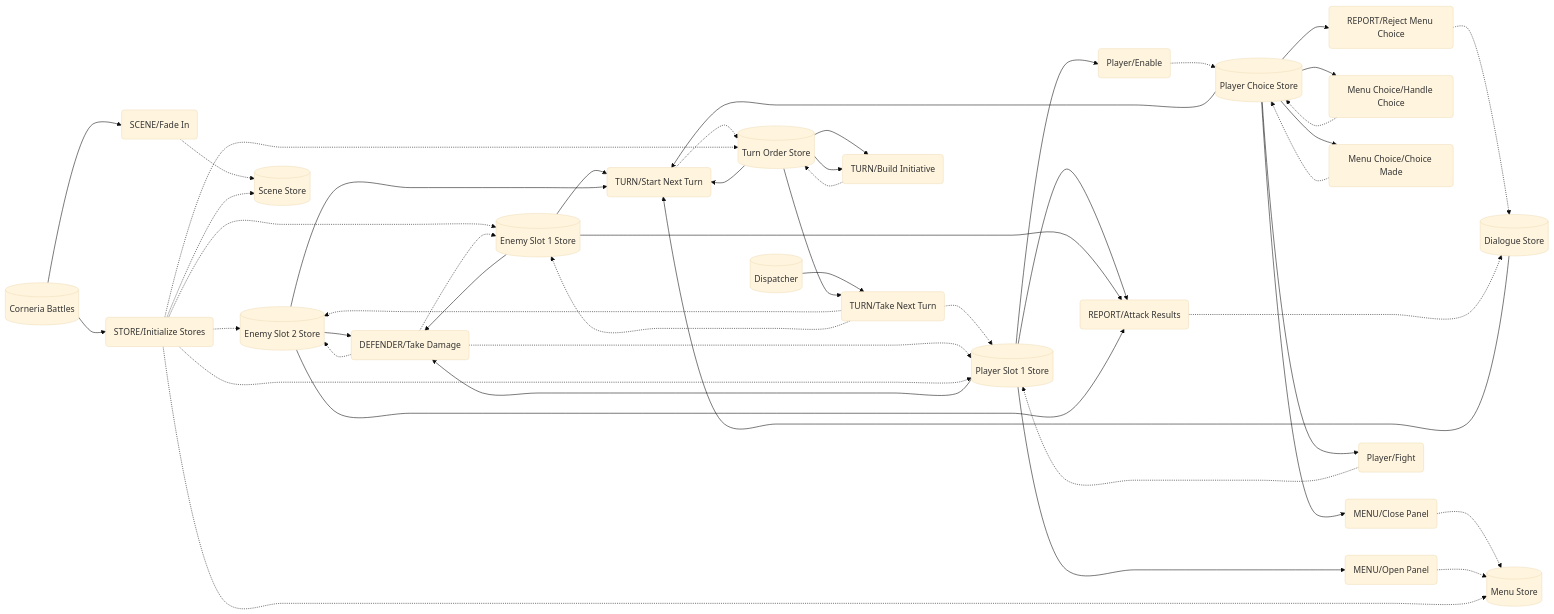
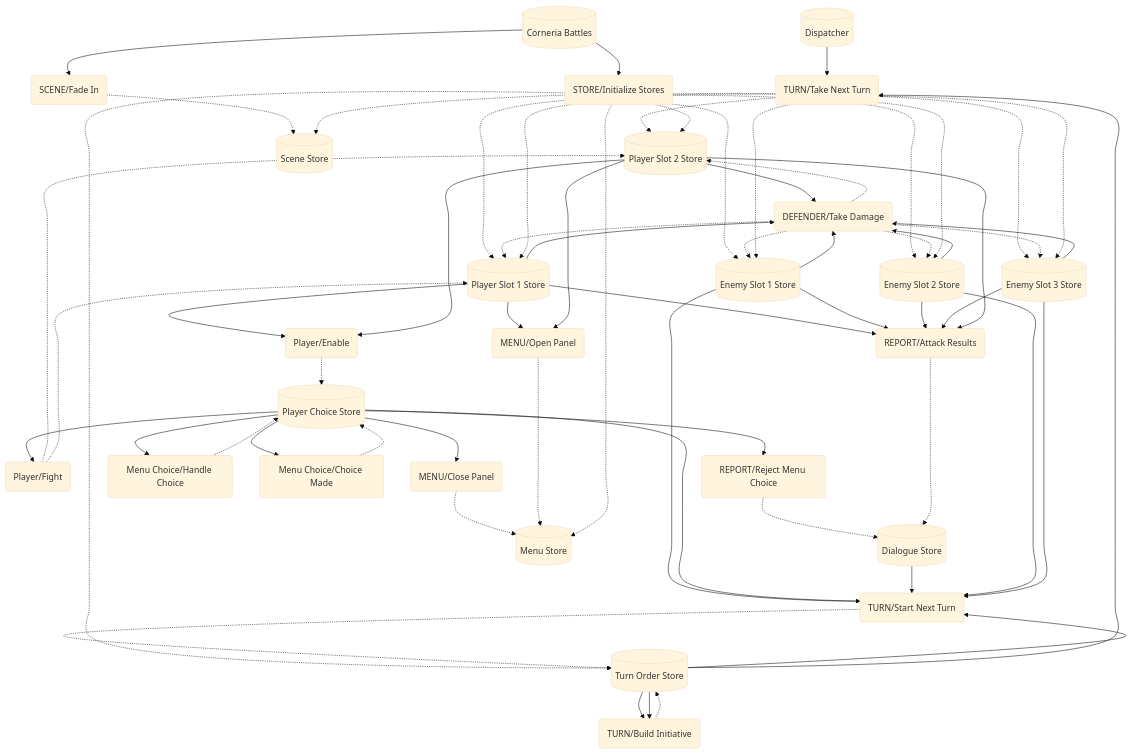
The diagram in dat_chart.md (kinostl/We-Have-To-Kill-Chaos), drawn with Mermaid (base theme) before and after one commit. The commit also changed 11 other files, not shown here.

````diff
--- a/dat_chart.md
+++ b/dat_chart.md
@@ -1,51 +1,65 @@
 ```mermaid
 %%{ init: { 'flowchart': { 'curve': 'catmullRom' } } }%%
-flowchart LR
+flowchart TD
+a8(TURN/Take Next Turn)-.->1d2b8415-25a9-44fe-8843-6e86b60f76df[(Player Slot 2 Store)]
+a9(DEFENDER/Take Damage)-.->1d2b8415-25a9-44fe-8843-6e86b60f76df[(Player Slot 2 Store)]
+a1(Player/Fight)-.->1d2b8415-25a9-44fe-8843-6e86b60f76df[(Player Slot 2 Store)]
+a0(STORE/Initialize Stores)-.->1d2b8415-25a9-44fe-8843-6e86b60f76df[(Player Slot 2 Store)]
+a0(STORE/Initialize Stores)-.->b1485b54-946e-4c56-9971-ceef4c138eff[(Enemy Slot 3 Store)]
+a9(DEFENDER/Take Damage)-.->b1485b54-946e-4c56-9971-ceef4c138eff[(Enemy Slot 3 Store)]
+a8(TURN/Take Next Turn)-.->b1485b54-946e-4c56-9971-ceef4c138eff[(Enemy Slot 3 Store)]
 a0(STORE/Initialize Stores)-.->9c7813d8-1d8c-4eab-aaaa-6b885a213232[(Enemy Slot 2 Store)]
 a9(DEFENDER/Take Damage)-.->9c7813d8-1d8c-4eab-aaaa-6b885a213232[(Enemy Slot 2 Store)]
 a8(TURN/Take Next Turn)-.->9c7813d8-1d8c-4eab-aaaa-6b885a213232[(Enemy Slot 2 Store)]
 a16(TURN/Build Initiative)-.->82583aa5-bc2f-4df9-9739-28dbdfb81f7b[(Turn Order Store)]
 a14(TURN/Start Next Turn)-.->82583aa5-bc2f-4df9-9739-28dbdfb81f7b[(Turn Order Store)]
 a0(STORE/Initialize Stores)-.->82583aa5-bc2f-4df9-9739-28dbdfb81f7b[(Turn Order Store)]
 a20(REPORT/Reject Menu Choice)-.->29bc472f-2cd1-48f2-aa4c-2cc45d69707c[(Dialogue Store)]
 a18(REPORT/Attack Results)-.->29bc472f-2cd1-48f2-aa4c-2cc45d69707c[(Dialogue Store)]
 a13(SCENE/Fade In)-.->9804e062-c29c-48b9-a893-f0c02a9b745d[(Scene Store)]
 a0(STORE/Initialize Stores)-.->9804e062-c29c-48b9-a893-f0c02a9b745d[(Scene Store)]
 a10(Player/Enable)-.->84c0a2e8-6dbd-4f3f-b294-2ce0c30e652b[(Player Choice Store)]
 a21(Menu Choice/Handle Choice)-.->84c0a2e8-6dbd-4f3f-b294-2ce0c30e652b[(Player Choice Store)]
 a11(Menu Choice/Choice Made)-.->84c0a2e8-6dbd-4f3f-b294-2ce0c30e652b[(Player Choice Store)]
 a15(MENU/Close Panel)-.->182a8ca6-c0cd-4216-ae8f-e3c706512a51[(Menu Store)]
 a12(MENU/Open Panel)-.->182a8ca6-c0cd-4216-ae8f-e3c706512a51[(Menu Store)]
 a0(STORE/Initialize Stores)-.->182a8ca6-c0cd-4216-ae8f-e3c706512a51[(Menu Store)]
 a0(STORE/Initialize Stores)-.->7e890799-3cbc-41dd-80b5-b164b9555ec7[(Enemy Slot 1 Store)]
 a9(DEFENDER/Take Damage)-.->7e890799-3cbc-41dd-80b5-b164b9555ec7[(Enemy Slot 1 Store)]
 a8(TURN/Take Next Turn)-.->7e890799-3cbc-41dd-80b5-b164b9555ec7[(Enemy Slot 1 Store)]
 a8(TURN/Take Next Turn)-.->7e9e2248-0ccc-4df3-aea0-83236a0b7f9d[(Player Slot 1 Store)]
 a9(DEFENDER/Take Damage)-.->7e9e2248-0ccc-4df3-aea0-83236a0b7f9d[(Player Slot 1 Store)]
 a1(Player/Fight)-.->7e9e2248-0ccc-4df3-aea0-83236a0b7f9d[(Player Slot 1 Store)]
 a0(STORE/Initialize Stores)-.->7e9e2248-0ccc-4df3-aea0-83236a0b7f9d[(Player Slot 1 Store)]
 54274c5f-f51d-420e-b717-bd0d155bcef3[(Corneria Battles)]-->a0(STORE/Initialize Stores)
 54274c5f-f51d-420e-b717-bd0d155bcef3[(Corneria Battles)]-->a13(SCENE/Fade In)
 7e9e2248-0ccc-4df3-aea0-83236a0b7f9d[(Player Slot 1 Store)]-->a9(DEFENDER/Take Damage)
 7e9e2248-0ccc-4df3-aea0-83236a0b7f9d[(Player Slot 1 Store)]-->a18(REPORT/Attack Results)
 7e9e2248-0ccc-4df3-aea0-83236a0b7f9d[(Player Slot 1 Store)]-->a12(MENU/Open Panel)
 7e9e2248-0ccc-4df3-aea0-83236a0b7f9d[(Player Slot 1 Store)]-->a10(Player/Enable)
 7e890799-3cbc-41dd-80b5-b164b9555ec7[(Enemy Slot 1 Store)]-->a9(DEFENDER/Take Damage)
 7e890799-3cbc-41dd-80b5-b164b9555ec7[(Enemy Slot 1 Store)]-->a14(TURN/Start Next Turn)
 7e890799-3cbc-41dd-80b5-b164b9555ec7[(Enemy Slot 1 Store)]-->a18(REPORT/Attack Results)
 660916d1-1efb-456e-b770-10b9c9a8f913[(Dispatcher)]-->a8(TURN/Take Next Turn)
 84c0a2e8-6dbd-4f3f-b294-2ce0c30e652b[(Player Choice Store)]-->a15(MENU/Close Panel)
 84c0a2e8-6dbd-4f3f-b294-2ce0c30e652b[(Player Choice Store)]-->a21(Menu Choice/Handle Choice)
 84c0a2e8-6dbd-4f3f-b294-2ce0c30e652b[(Player Choice Store)]-->a20(REPORT/Reject Menu Choice)
 84c0a2e8-6dbd-4f3f-b294-2ce0c30e652b[(Player Choice Store)]-->a1(Player/Fight)
 84c0a2e8-6dbd-4f3f-b294-2ce0c30e652b[(Player Choice Store)]-->a14(TURN/Start Next Turn)
 84c0a2e8-6dbd-4f3f-b294-2ce0c30e652b[(Player Choice Store)]-->a11(Menu Choice/Choice Made)
 29bc472f-2cd1-48f2-aa4c-2cc45d69707c[(Dialogue Store)]-->a14(TURN/Start Next Turn)
 82583aa5-bc2f-4df9-9739-28dbdfb81f7b[(Turn Order Store)]-->a16(TURN/Build Initiative)
 82583aa5-bc2f-4df9-9739-28dbdfb81f7b[(Turn Order Store)]-->a16(TURN/Build Initiative)
 82583aa5-bc2f-4df9-9739-28dbdfb81f7b[(Turn Order Store)]-->a8(TURN/Take Next Turn)
 82583aa5-bc2f-4df9-9739-28dbdfb81f7b[(Turn Order Store)]-->a14(TURN/Start Next Turn)
 9c7813d8-1d8c-4eab-aaaa-6b885a213232[(Enemy Slot 2 Store)]-->a9(DEFENDER/Take Damage)
 9c7813d8-1d8c-4eab-aaaa-6b885a213232[(Enemy Slot 2 Store)]-->a14(TURN/Start Next Turn)
 9c7813d8-1d8c-4eab-aaaa-6b885a213232[(Enemy Slot 2 Store)]-->a18(REPORT/Attack Results)
+b1485b54-946e-4c56-9971-ceef4c138eff[(Enemy Slot 3 Store)]-->a9(DEFENDER/Take Damage)
+b1485b54-946e-4c56-9971-ceef4c138eff[(Enemy Slot 3 Store)]-->a14(TURN/Start Next Turn)
+b1485b54-946e-4c56-9971-ceef4c138eff[(Enemy Slot 3 Store)]-->a18(REPORT/Attack Results)
+1d2b8415-25a9-44fe-8843-6e86b60f76df[(Player Slot 2 Store)]-->a9(DEFENDER/Take Damage)
+1d2b8415-25a9-44fe-8843-6e86b60f76df[(Player Slot 2 Store)]-->a18(REPORT/Attack Results)
+1d2b8415-25a9-44fe-8843-6e86b60f76df[(Player Slot 2 Store)]-->a12(MENU/Open Panel)
+1d2b8415-25a9-44fe-8843-6e86b60f76df[(Player Slot 2 Store)]-->a10(Player/Enable)
 ```
````
